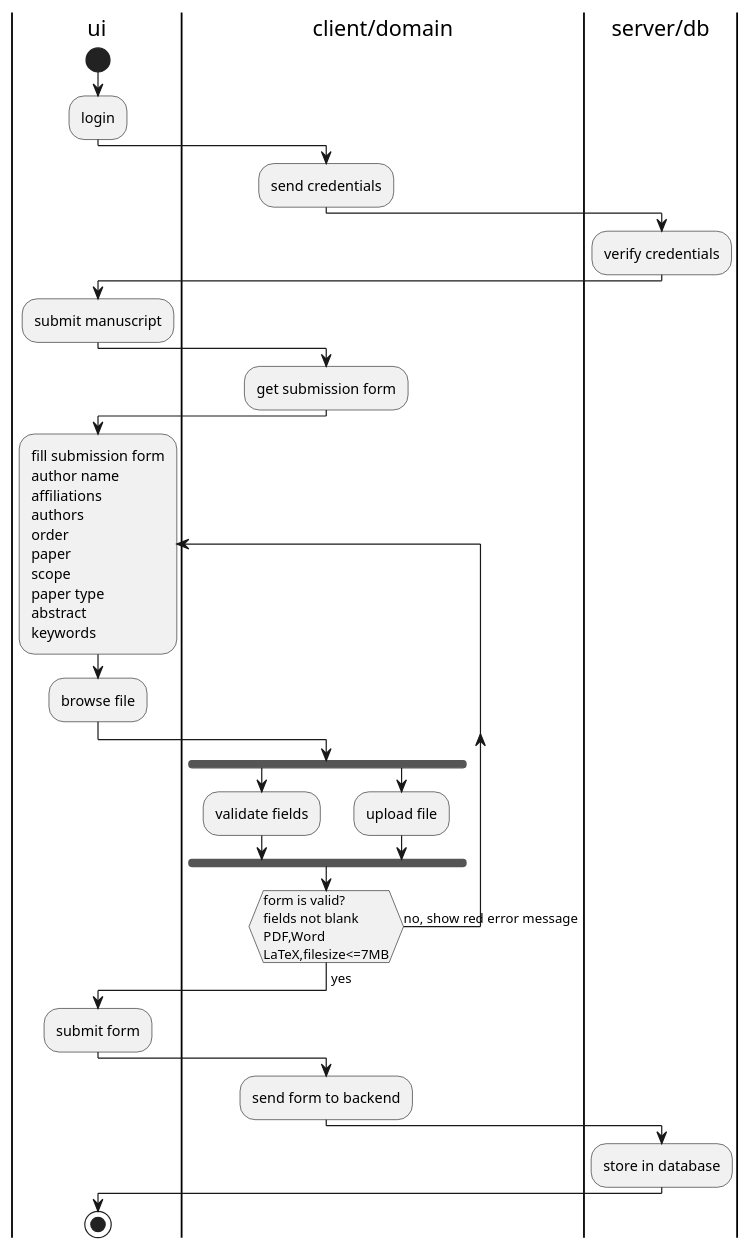
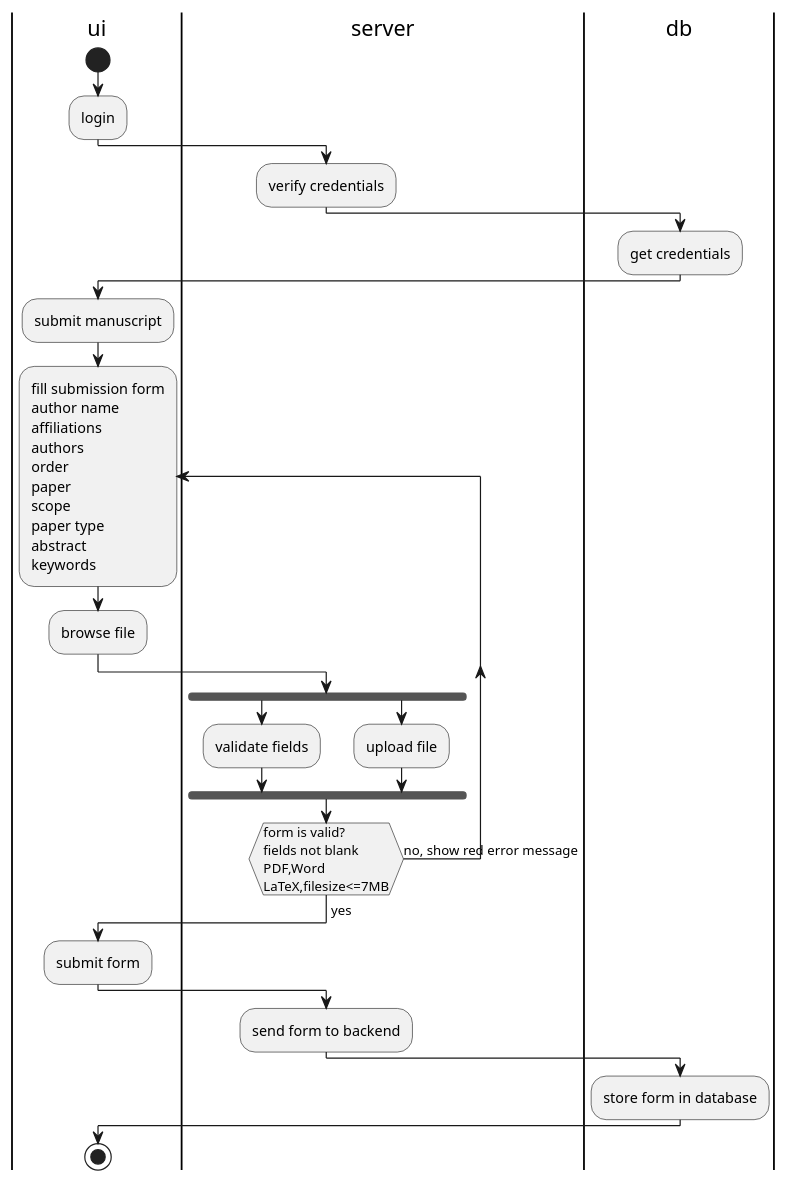
One commit to Arunscape/ECE493 changed the diagram in lab/lab3/activity1.puml. Above: the diagram before and after it, drawn with PlantUML. The commit also changed 3 other files, not shown here.

Commit message:
I think I'm fucking done the activity diagrams now

```diff
--- a/lab/lab3/activity1.puml
+++ b/lab/lab3/activity1.puml
@@ -1,45 +1,45 @@
 @startuml
 |ui|
 start
 :login;
 
-|client/domain|
-:send credentials;
+|server|
+:verify credentials;
 
-|server/db|
-:verify credentials;
+|db|
+:get credentials;
 
 |ui|
 :submit manuscript;
 
-|client/domain|
-:get submission form;
+'|server|
+'':get submission form;
 
 |ui|
 repeat :fill submission form\nauthor name\naffiliations\nauthors\norder\npaper\nscope\npaper type\nabstract\nkeywords;
 :browse file;
 
-|client/domain|
+|server|
 fork
     :validate fields;
 fork again
     :upload file;
 end fork
 
 
 repeat while (form is valid?\nfields not blank\nPDF,Word\nLaTeX,filesize<=7MB) is (no, show red error message)
 -> yes;
 
 |ui|
 :submit form;
 
-|client/domain|
+|server|
 :send form to backend;
 
-|server/db|
-:store in database;
+|db|
+:store form in database;
 
 |ui|
 stop
 
 @enduml
```
